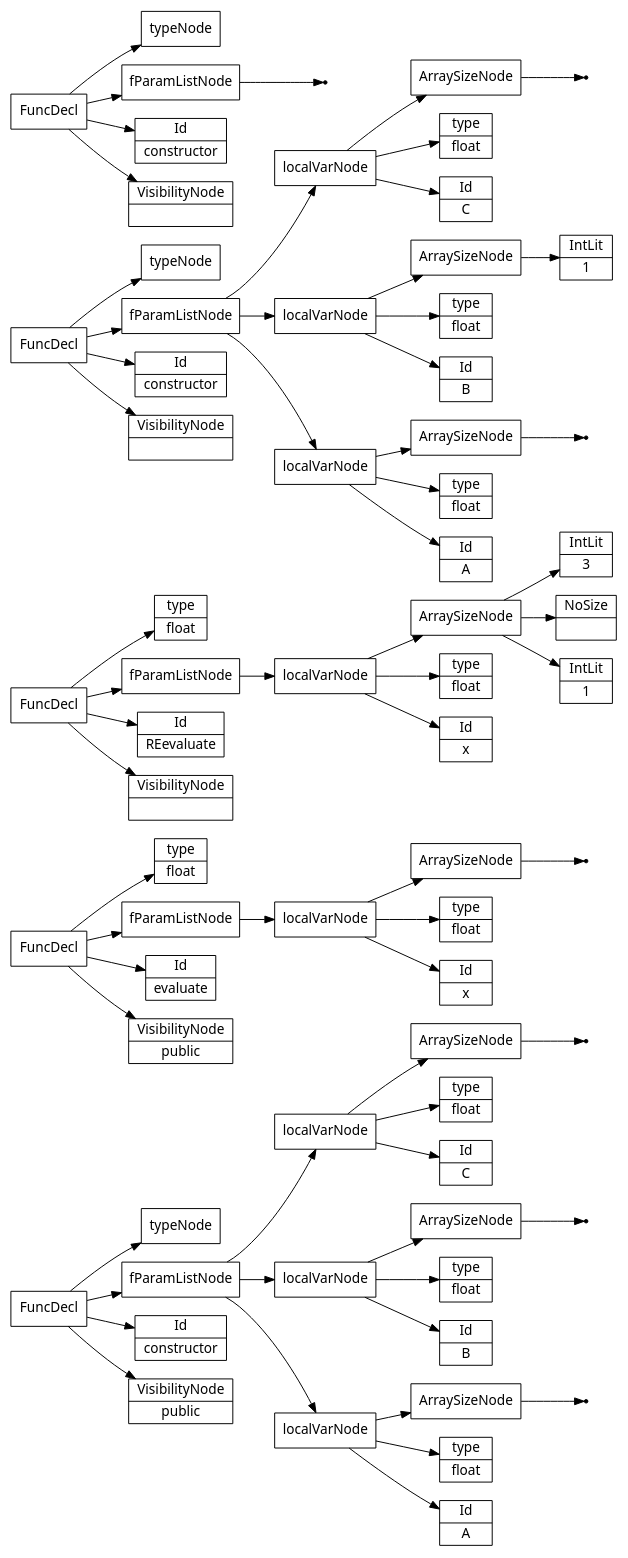
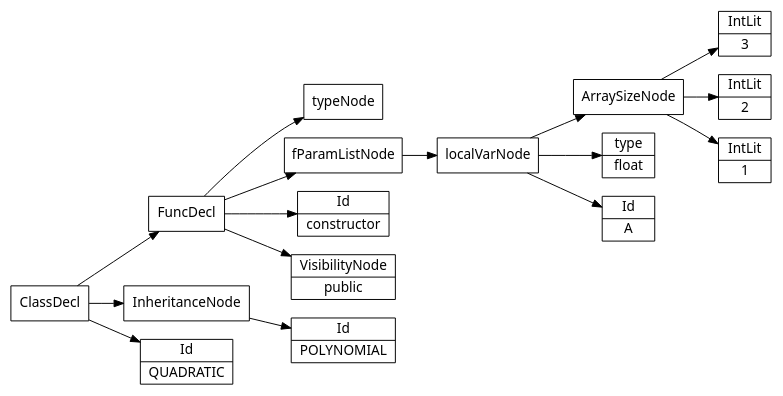
The diagram in files/bubbleSort.src.ast.dot (Saf1u/Kompiler), drawn with Graphviz before and after one commit. The commit also changed 6 other files, not shown here.

```diff
--- a/files/bubbleSort.src.ast.dot
+++ b/files/bubbleSort.src.ast.dot
@@ -1,135 +1,35 @@
 digraph AST {
 node [shape=record];
  node [fontname=Sans];charset="UTF-8" splines=true splines=spline rankdir =LR ordering="out"
-0[label="VisibilityNode|public"];
-1[label="Id|constructor"];
-3[label="Id|A"];
-4[label="type|float"];
-none6[shape="point"];
-7[label="ArraySizeNode"];
-7->none6;
-8[label="localVarNode"];
-8->7;
-8->4;
-8->3;
-9[label="Id|B"];
-10[label="type|float"];
-none12[shape="point"];
+0[label="Id|QUADRATIC"];
+2[label="Id|POLYNOMIAL"];
+3[label="InheritanceNode"];
+3->2;
+4[label="VisibilityNode|public"];
+5[label="Id|constructor"];
+7[label="Id|A"];
+8[label="type|float"];
+10[label="IntLit|1"];
+11[label="IntLit|2"];
+12[label="IntLit|3"];
 13[label="ArraySizeNode"];
-13->none12;
+13->12;
+13->11;
+13->10;
 14[label="localVarNode"];
 14->13;
-14->10;
-14->9;
-15[label="Id|C"];
-16[label="type|float"];
-none18[shape="point"];
-19[label="ArraySizeNode"];
-19->none18;
-20[label="localVarNode"];
-20->19;
-20->16;
-20->15;
-21[label="fParamListNode"];
-21->20;
-21->14;
-21->8;
-22[label="typeNode"];
-23[label="FuncDecl"];
-23->22;
-23->21;
-23->1;
-23->0;
-24[label="VisibilityNode|public"];
-25[label="Id|evaluate"];
-27[label="Id|x"];
-28[label="type|float"];
-none30[shape="point"];
-31[label="ArraySizeNode"];
-31->none30;
-32[label="localVarNode"];
-32->31;
-32->28;
-32->27;
-33[label="fParamListNode"];
-33->32;
-34[label="type|float"];
-35[label="FuncDecl"];
-35->34;
-35->33;
-35->25;
-35->24;
-36[label="VisibilityNode|"];
-37[label="Id|REevaluate"];
-39[label="Id|x"];
-40[label="type|float"];
-42[label="IntLit|1"];
-43[label="NoSize|"];
-44[label="IntLit|3"];
-45[label="ArraySizeNode"];
-45->44;
-45->43;
-45->42;
-46[label="localVarNode"];
-46->45;
-46->40;
-46->39;
-47[label="fParamListNode"];
-47->46;
-48[label="type|float"];
-49[label="FuncDecl"];
-49->48;
-49->47;
-49->37;
-49->36;
-50[label="VisibilityNode|"];
-51[label="Id|constructor"];
-53[label="Id|A"];
-54[label="type|float"];
-none56[shape="point"];
-57[label="ArraySizeNode"];
-57->none56;
-58[label="localVarNode"];
-58->57;
-58->54;
-58->53;
-59[label="Id|B"];
-60[label="type|float"];
-62[label="IntLit|1"];
-63[label="ArraySizeNode"];
-63->62;
-64[label="localVarNode"];
-64->63;
-64->60;
-64->59;
-65[label="Id|C"];
-66[label="type|float"];
-none68[shape="point"];
-69[label="ArraySizeNode"];
-69->none68;
-70[label="localVarNode"];
-70->69;
-70->66;
-70->65;
-71[label="fParamListNode"];
-71->70;
-71->64;
-71->58;
-72[label="typeNode"];
-73[label="FuncDecl"];
-73->72;
-73->71;
-73->51;
-73->50;
-74[label="VisibilityNode|"];
-75[label="Id|constructor"];
-none77[shape="point"];
-78[label="fParamListNode"];
-78->none77;
-79[label="typeNode"];
-80[label="FuncDecl"];
-80->79;
-80->78;
-80->75;
-80->74;
+14->8;
+14->7;
+15[label="fParamListNode"];
+15->14;
+16[label="typeNode"];
+17[label="FuncDecl"];
+17->16;
+17->15;
+17->5;
+17->4;
+18[label="ClassDecl"];
+18->17;
+18->3;
+18->0;
 }
```
